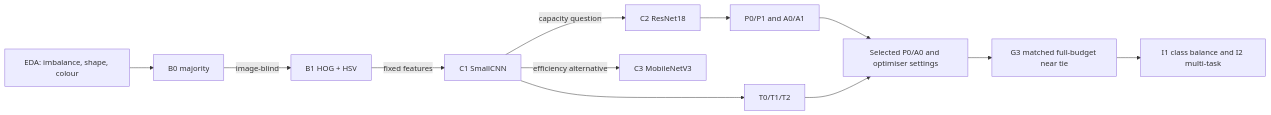
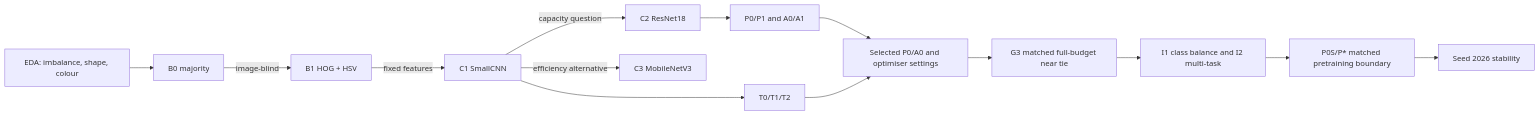
The third of 3 diagrams in docs/task2-season-execution-report.md (TrnLin/MLA2), drawn with Mermaid before and after one commit. The commit also changed other lines of this file, not shown here.

````diff
--- a/docs/task2-season-execution-report.md
+++ b/docs/task2-season-execution-report.md
@@ -590,14 +635,16 @@
 ```mermaid
 flowchart LR
     E[EDA: imbalance, shape, colour] --> B0[B0 majority]
     B0 -->|image-blind| B1[B1 HOG + HSV]
     B1 -->|fixed features| C1[C1 SmallCNN]
     C1 -->|capacity question| C2[C2 ResNet18]
     C1 -->|efficiency alternative| C3[C3 MobileNetV3]
     C2 --> PA[P0/P1 and A0/A1]
     C1 --> T[T0/T1/T2]
     PA --> S[Selected P0/A0 and optimiser settings]
     T --> S
     S --> F[G3 matched full-budget near tie]
     F --> I[I1 class balance and I2 multi-task]
+    I --> P[P0S/P* matched pretraining boundary]
+    P --> G5[Seed 2026 stability]
 ```
````
